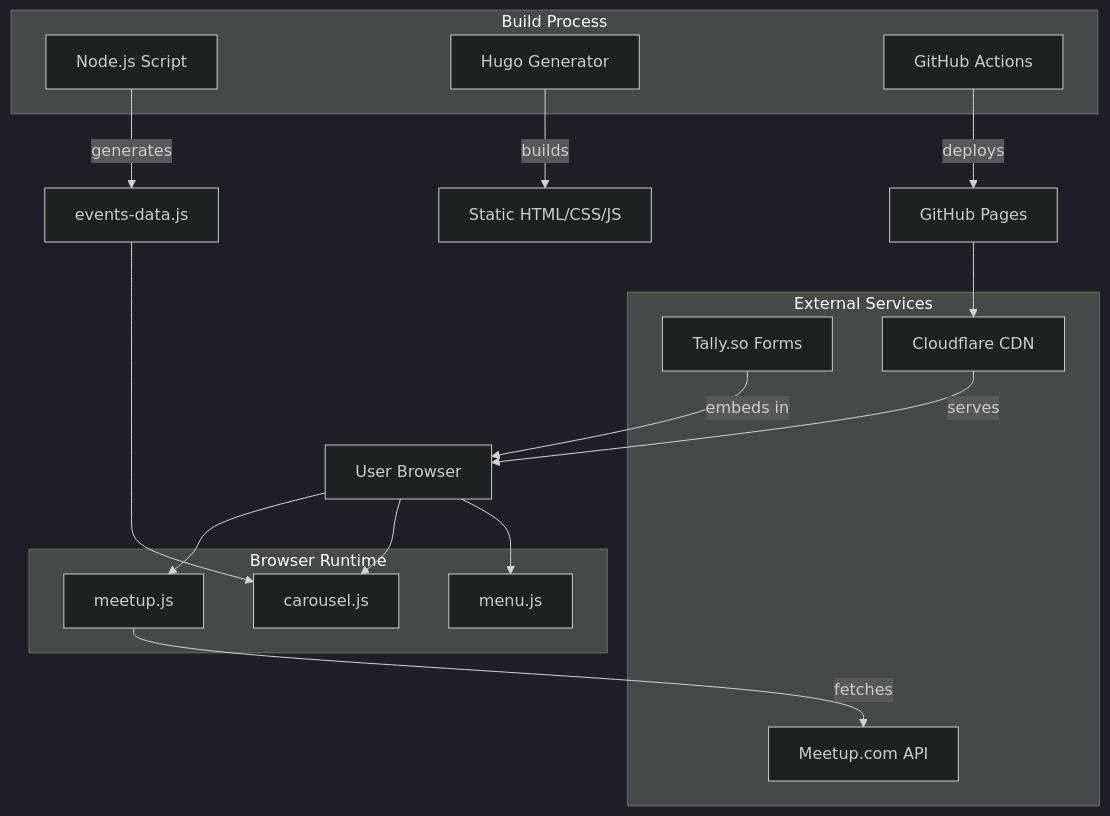
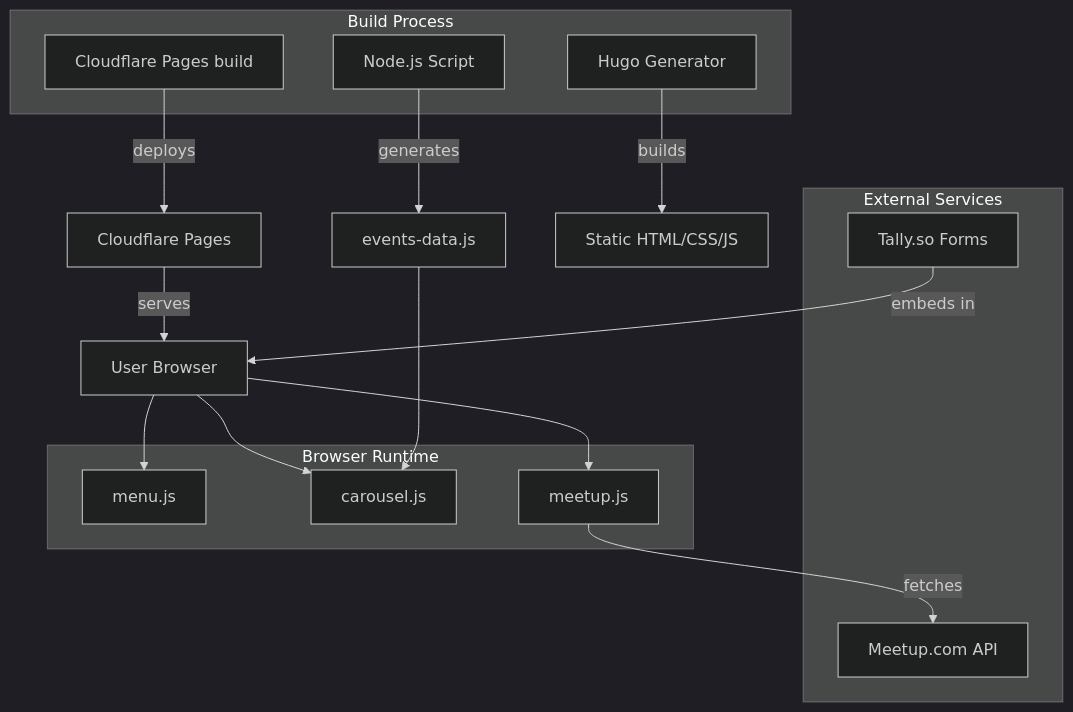
One commit to CODE-Community-of-Developers-Engineers/website-frontpage changed the first of 3 diagrams in README.md. Above: the diagram before and after it, drawn with Mermaid (dark theme). The commit also changed other lines of this file and 3 other files, not shown here.

First line of the commit message:
Deploy with Cloudflare Pages instead of GitHub Pages

````diff
--- a/README.md
+++ b/README.md
@@ -52,33 +50,31 @@
 ```mermaid
 flowchart TB
     subgraph External["External Services"]
         Meetup[Meetup.com API]
         Tally[Tally.so Forms]
-        CF[Cloudflare CDN]
     end
 
     subgraph Build["Build Process"]
         Node[Node.js Script]
         Hugo[Hugo Generator]
-        GHA[GitHub Actions]
+        CFP[Cloudflare Pages build]
     end
 
     subgraph Runtime["Browser Runtime"]
         Menu[menu.js]
         Carousel[carousel.js]
         MeetupJS[meetup.js]
     end
 
     Node -->|generates| EventsData[events-data.js]
     Hugo -->|builds| Static[Static HTML/CSS/JS]
-    GHA -->|deploys| GHP[GitHub Pages]
-    GHP --> CF
+    CFP -->|deploys| CF[Cloudflare Pages]
     CF -->|serves| Browser[User Browser]
 
     Browser --> Menu
     Browser --> Carousel
     Browser --> MeetupJS
     EventsData --> Carousel
     MeetupJS -->|fetches| Meetup
     Tally -->|embeds in| Browser
 ```
````
